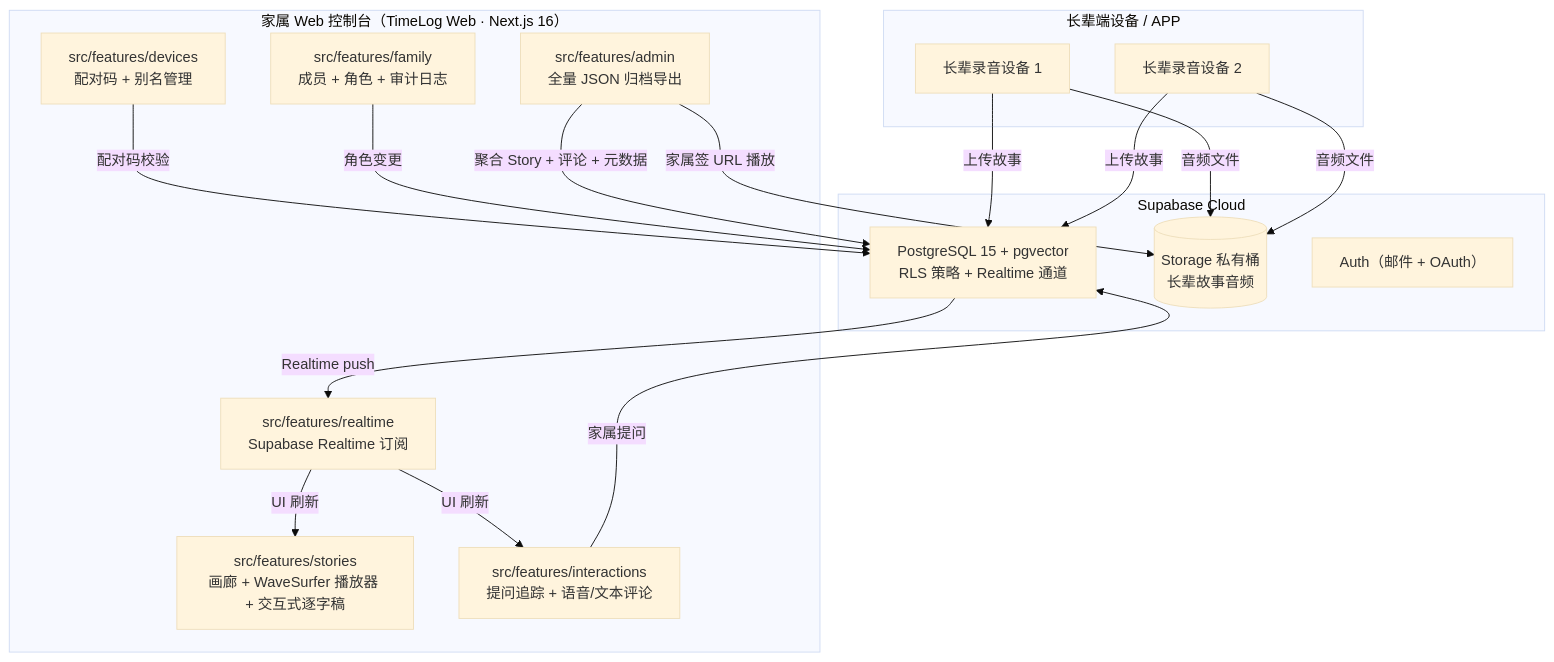
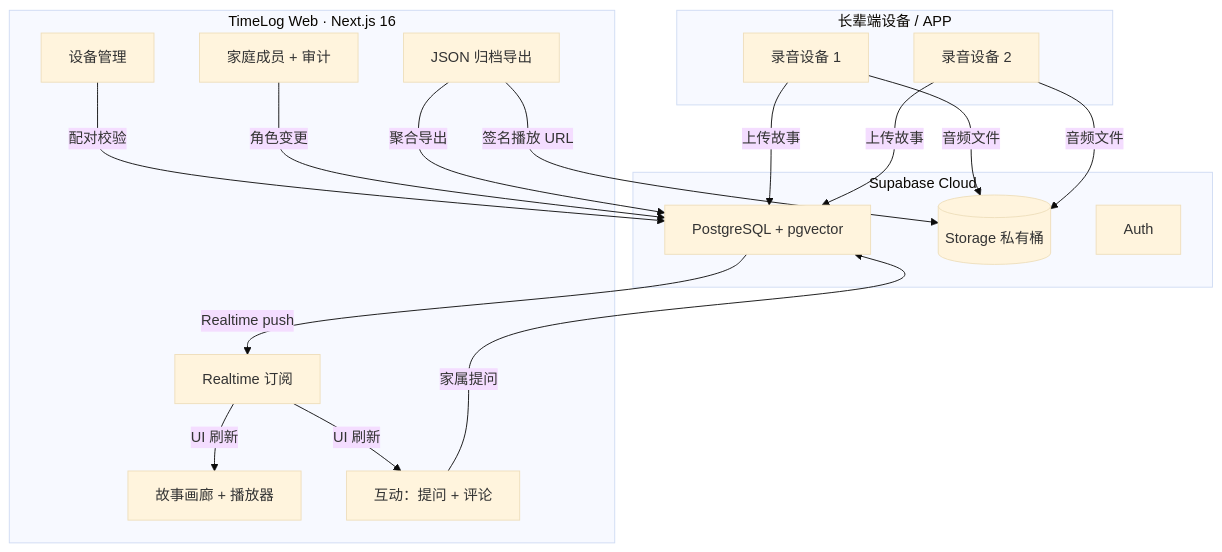
The first of 2 diagrams in README.md (MeiSiristhebest/timelog-web), drawn with Mermaid (base theme) before and after one commit. The commit also changed other lines of this file and 2 other files, not shown here.

````diff
--- a/README.md
+++ b/README.md
@@ -210,38 +159,38 @@
 ```mermaid
 graph TD
     subgraph Devices [长辈端设备 / APP]
-        D1[长辈录音设备 1]
-        D2[长辈录音设备 2]
+        D1[录音设备 1]
+        D2[录音设备 2]
     end
 
-    subgraph SupabaseCloud [Supabase Cloud]
-        PG[PostgreSQL 15 + pgvector\nRLS 策略 + Realtime 通道]
-        STO[(Storage 私有桶\n长辈故事音频)]
-        AUTH[Auth（邮件 + OAuth）]
+    subgraph Supabase [Supabase Cloud]
+        PG[PostgreSQL + pgvector]
+        STO[(Storage 私有桶)]
+        AUTH[Auth]
     end
 
-    subgraph WebConsole [家属 Web 控制台（TimeLog Web · Next.js 16）]
-        RT[src/features/realtime\nSupabase Realtime 订阅]
-        STORY[src/features/stories\n画廊 + WaveSurfer 播放器 + 交互式逐字稿]
-        INT[src/features/interactions\n提问追踪 + 语音/文本评论]
-        DEV[src/features/devices\n配对码 + 别名管理]
-        FAM[src/features/family\n成员 + 角色 + 审计日志]
-        ADM[src/features/admin\n全量 JSON 归档导出]
+    subgraph Web [TimeLog Web · Next.js 16]
+        RT[Realtime 订阅]
+        STORY[故事画廊 + 播放器]
+        INT[互动：提问 + 评论]
+        DEV[设备管理]
+        FAM[家庭成员 + 审计]
+        ADM[JSON 归档导出]
     end
 
     D1 -->|上传故事| PG
     D2 -->|上传故事| PG
     D1 -->|音频文件| STO
     D2 -->|音频文件| STO
 
     PG -->|Realtime push| RT
     RT -->|UI 刷新| STORY
     RT -->|UI 刷新| INT
 
     INT -->|家属提问| PG
-    DEV -->|配对码校验| PG
+    DEV -->|配对校验| PG
     FAM -->|角色变更| PG
 
-    ADM -->|聚合 Story + 评论 + 元数据| PG
-    ADM -->|家属签 URL 播放| STO
+    ADM -->|聚合导出| PG
+    ADM -->|签名播放 URL| STO
 ```
````
